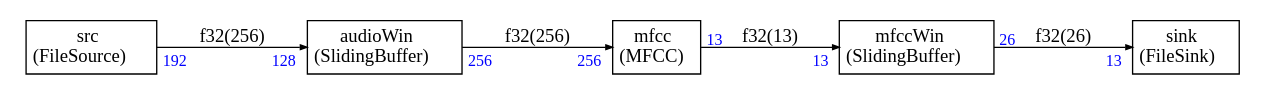
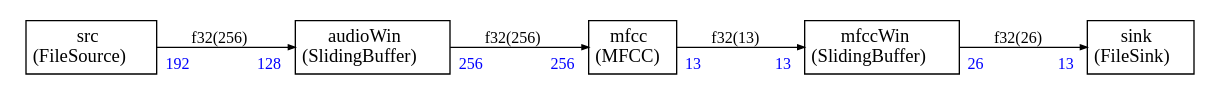
The diagram in Examples/example6/test.dot (ARM-software/CMSIS-Stream), drawn with Graphviz before and after one commit. The commit also changed 200 other files, not shown here.

First line of the commit message:
Preliminary work on graph styling

```diff
--- a/Examples/example6/test.dot
+++ b/Examples/example6/test.dot
@@ -1,74 +1,74 @@
 
 
 
 
 digraph structs {
-    node [shape=plaintext]
+    bgcolor = "white"
+    node [shape=plaintext,color="black",fontcolor="black",fontname="Times-Roman"]
     rankdir=LR
-    edge [arrowsize=0.5]
-    fontname="times"
+    edge [arrowsize="0.5",color="black",fontcolor="black",fontname="Times-Roman"]
 
 
 audioWin [label=<
-<TABLE BORDER="0" CELLBORDER="1" CELLSPACING="0" CELLPADDING="4">
+<TABLE color="black" bgcolor="none" BORDER="0" CELLBORDER="1" CELLSPACING="0" CELLPADDING="4">
   <TR>
-    <TD ALIGN="CENTER" PORT="i">audioWin<BR/>(SlidingBuffer)</TD>
+    <TD ALIGN="CENTER" PORT="i"><FONT COLOR="black" POINT-SIZE="14.0">audioWin<BR/>(SlidingBuffer)</FONT></TD>
   </TR>
 </TABLE>>];
 
 mfcc [label=<
-<TABLE BORDER="0" CELLBORDER="1" CELLSPACING="0" CELLPADDING="4">
+<TABLE color="black" bgcolor="none" BORDER="0" CELLBORDER="1" CELLSPACING="0" CELLPADDING="4">
   <TR>
-    <TD ALIGN="CENTER" PORT="i">mfcc<BR/>(MFCC)</TD>
+    <TD ALIGN="CENTER" PORT="i"><FONT COLOR="black" POINT-SIZE="14.0">mfcc<BR/>(MFCC)</FONT></TD>
   </TR>
 </TABLE>>];
 
 mfccWin [label=<
-<TABLE BORDER="0" CELLBORDER="1" CELLSPACING="0" CELLPADDING="4">
+<TABLE color="black" bgcolor="none" BORDER="0" CELLBORDER="1" CELLSPACING="0" CELLPADDING="4">
   <TR>
-    <TD ALIGN="CENTER" PORT="i">mfccWin<BR/>(SlidingBuffer)</TD>
+    <TD ALIGN="CENTER" PORT="i"><FONT COLOR="black" POINT-SIZE="14.0">mfccWin<BR/>(SlidingBuffer)</FONT></TD>
   </TR>
 </TABLE>>];
 
 sink [label=<
-<TABLE BORDER="0" CELLBORDER="1" CELLSPACING="0" CELLPADDING="4">
+<TABLE color="black" bgcolor="none" BORDER="0" CELLBORDER="1" CELLSPACING="0" CELLPADDING="4">
   <TR>
-    <TD ALIGN="CENTER" PORT="i">sink<BR/>(FileSink)</TD>
+    <TD ALIGN="CENTER" PORT="i"><FONT COLOR="black" POINT-SIZE="14.0">sink<BR/>(FileSink)</FONT></TD>
   </TR>
 </TABLE>>];
 
 src [label=<
-<TABLE BORDER="0" CELLBORDER="1" CELLSPACING="0" CELLPADDING="4">
+<TABLE color="black" bgcolor="none" BORDER="0" CELLBORDER="1" CELLSPACING="0" CELLPADDING="4">
   <TR>
-    <TD ALIGN="CENTER" PORT="i">src<BR/>(FileSource)</TD>
+    <TD ALIGN="CENTER" PORT="i"><FONT COLOR="black" POINT-SIZE="14.0">src<BR/>(FileSource)</FONT></TD>
   </TR>
 </TABLE>>];
 
 
 
-src:i -> audioWin:i [label="f32(256)"
-,headlabel=<<TABLE BORDER="0" CELLPADDING="2"><TR><TD><FONT COLOR="blue" POINT-SIZE="12.0" >128</FONT>
+src:i -> audioWin:i [style="solid",color="black",fontsize="12.0",fontcolor="black",label=<f32(256)>
+,headlabel=<<TABLE BORDER="0" CELLPADDING="4"><TR><TD><FONT COLOR="blue" POINT-SIZE="12.0" >128</FONT>
 </TD></TR></TABLE>>
-,taillabel=<<TABLE BORDER="0" CELLPADDING="2"><TR><TD><FONT COLOR="blue" POINT-SIZE="12.0" >192</FONT>
+,taillabel=<<TABLE BORDER="0" CELLPADDING="4"><TR><TD><FONT COLOR="blue" POINT-SIZE="12.0" >192</FONT>
 </TD></TR></TABLE>>]
 
-audioWin:i -> mfcc:i [label="f32(256)"
-,headlabel=<<TABLE BORDER="0" CELLPADDING="2"><TR><TD><FONT COLOR="blue" POINT-SIZE="12.0" >256</FONT>
+audioWin:i -> mfcc:i [style="solid",color="black",fontsize="12.0",fontcolor="black",label=<f32(256)>
+,headlabel=<<TABLE BORDER="0" CELLPADDING="4"><TR><TD><FONT COLOR="blue" POINT-SIZE="12.0" >256</FONT>
 </TD></TR></TABLE>>
-,taillabel=<<TABLE BORDER="0" CELLPADDING="2"><TR><TD><FONT COLOR="blue" POINT-SIZE="12.0" >256</FONT>
+,taillabel=<<TABLE BORDER="0" CELLPADDING="4"><TR><TD><FONT COLOR="blue" POINT-SIZE="12.0" >256</FONT>
 </TD></TR></TABLE>>]
 
-mfcc:i -> mfccWin:i [label="f32(13)"
-,headlabel=<<TABLE BORDER="0" CELLPADDING="2"><TR><TD><FONT COLOR="blue" POINT-SIZE="12.0" >13</FONT>
+mfcc:i -> mfccWin:i [style="solid",color="black",fontsize="12.0",fontcolor="black",label=<f32(13)>
+,headlabel=<<TABLE BORDER="0" CELLPADDING="4"><TR><TD><FONT COLOR="blue" POINT-SIZE="12.0" >13</FONT>
 </TD></TR></TABLE>>
-,taillabel=<<TABLE BORDER="0" CELLPADDING="2"><TR><TD><FONT COLOR="blue" POINT-SIZE="12.0" >13</FONT>
+,taillabel=<<TABLE BORDER="0" CELLPADDING="4"><TR><TD><FONT COLOR="blue" POINT-SIZE="12.0" >13</FONT>
 </TD></TR></TABLE>>]
 
-mfccWin:i -> sink:i [label="f32(26)"
-,headlabel=<<TABLE BORDER="0" CELLPADDING="2"><TR><TD><FONT COLOR="blue" POINT-SIZE="12.0" >13</FONT>
+mfccWin:i -> sink:i [style="solid",color="black",fontsize="12.0",fontcolor="black",label=<f32(26)>
+,headlabel=<<TABLE BORDER="0" CELLPADDING="4"><TR><TD><FONT COLOR="blue" POINT-SIZE="12.0" >13</FONT>
 </TD></TR></TABLE>>
-,taillabel=<<TABLE BORDER="0" CELLPADDING="2"><TR><TD><FONT COLOR="blue" POINT-SIZE="12.0" >26</FONT>
+,taillabel=<<TABLE BORDER="0" CELLPADDING="4"><TR><TD><FONT COLOR="blue" POINT-SIZE="12.0" >26</FONT>
 </TD></TR></TABLE>>]
 
 
 }
```
